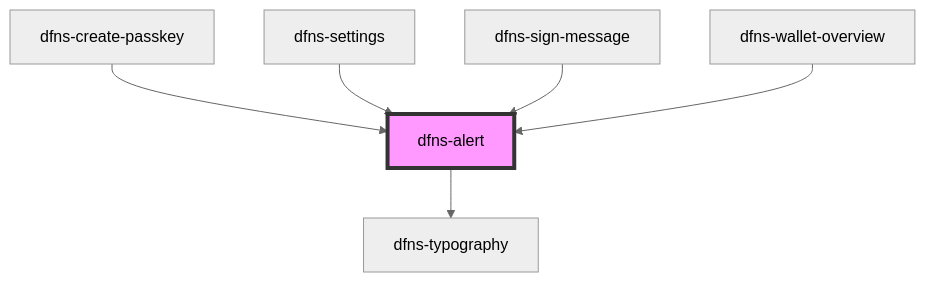
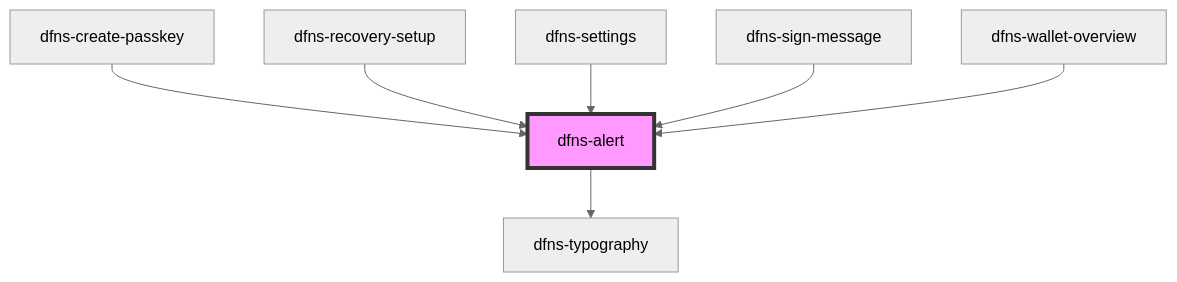
Before and after one commit to dfnsext/web-ui: the diagram in src/components/Elements/Alerts/dfns-alert/readme.md, drawn with Mermaid (neutral theme). The commit also changed other lines of this file and 22 other files, not shown here.

````diff
--- a/src/components/Elements/Alerts/dfns-alert/readme.md
+++ b/src/components/Elements/Alerts/dfns-alert/readme.md
@@ -34,9 +35,10 @@
 ```mermaid
 graph TD;
   dfns-alert --> dfns-typography
   dfns-create-passkey --> dfns-alert
+  dfns-recovery-setup --> dfns-alert
   dfns-settings --> dfns-alert
   dfns-sign-message --> dfns-alert
   dfns-wallet-overview --> dfns-alert
   style dfns-alert fill:#f9f,stroke:#333,stroke-width:4px
 ```
````
